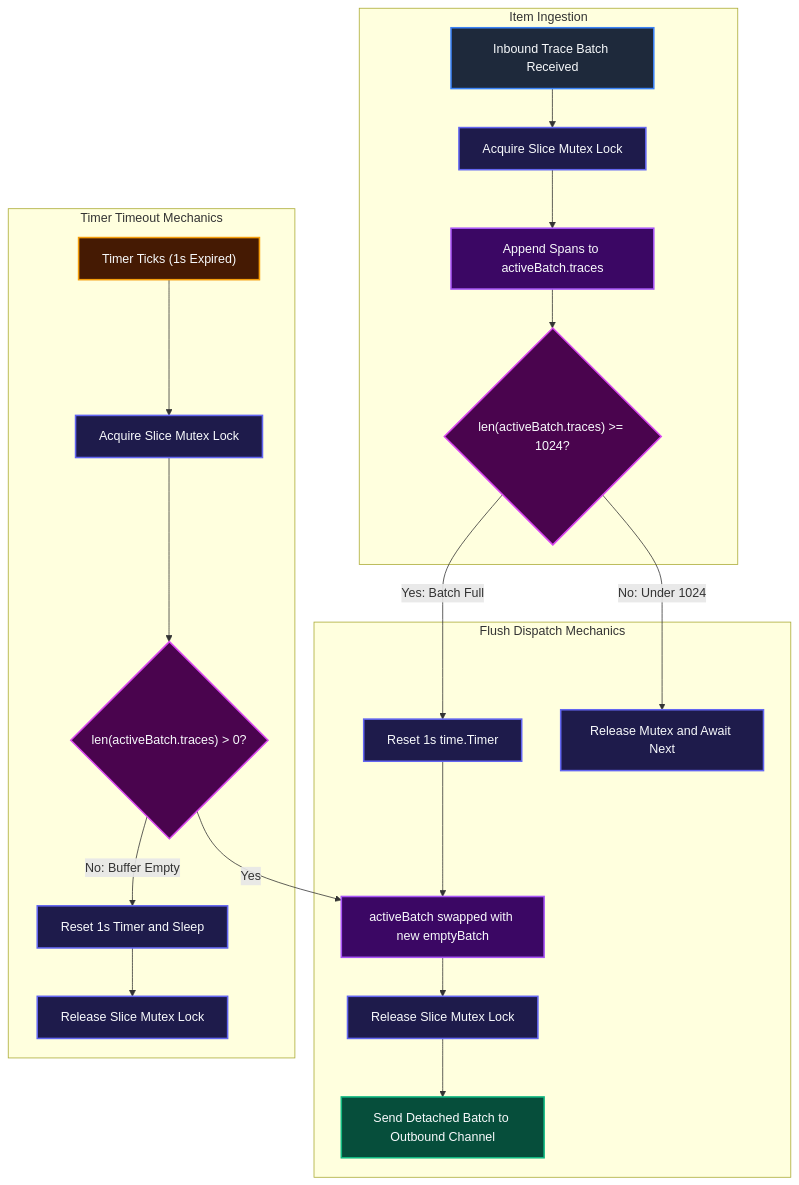
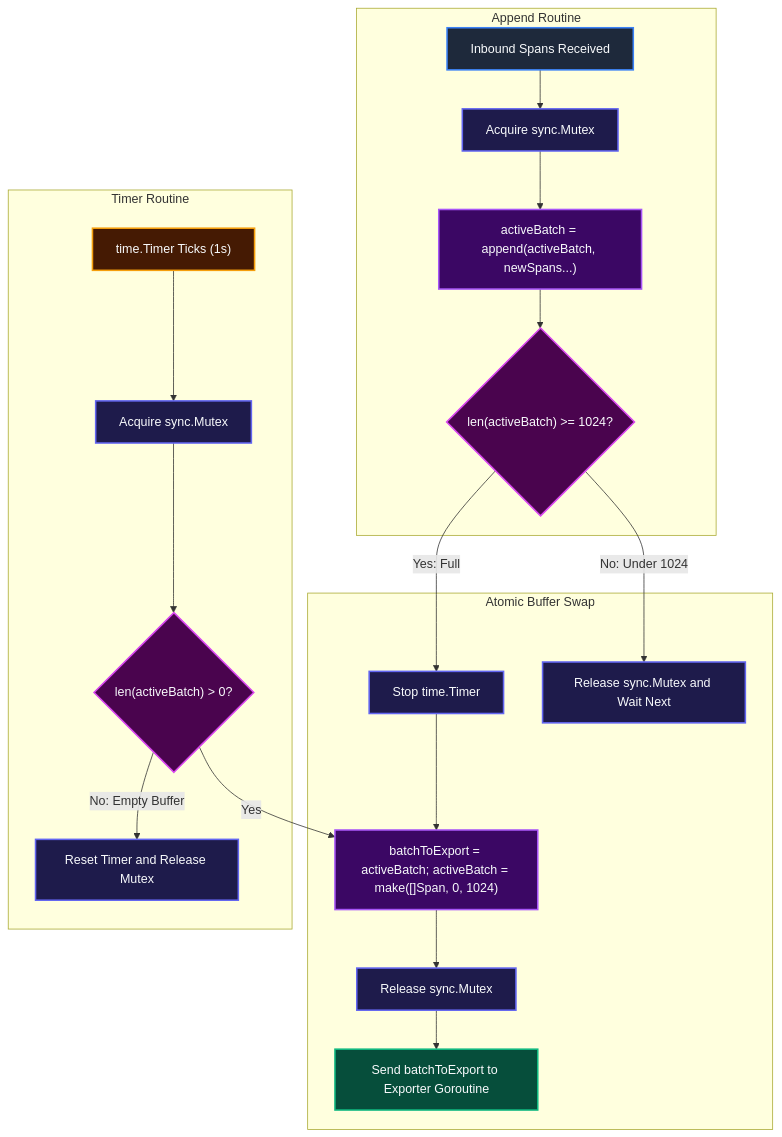
Before and after one commit to Chief-Strategist-J/llm-obs-infra: diagram 12 of 22 in docs/configDoc/otel-collector-configuration-guide.md, drawn with Mermaid. The commit also changed other lines of this file, not shown here.

````diff
--- a/docs/configDoc/otel-collector-configuration-guide.md
+++ b/docs/configDoc/otel-collector-configuration-guide.md
@@ -750,40 +1200,38 @@
 ```mermaid
 graph TD
-    subgraph IngestTrigger ["Item Ingestion"]
-        InboundSpan["Inbound Trace Batch Received"] --> MutexLock["Acquire Slice Mutex Lock"]
-        MutexLock --> AppendSlice["Append Spans to activeBatch.traces"]
-        AppendSlice --> CheckSize{"len(activeBatch.traces) >= 1024?"}
+    subgraph InboundAppend ["Append Routine"]
+        NewSpans["Inbound Spans Received"] --> MutexLock["Acquire sync.Mutex"]
+        MutexLock --> SliceAppend["activeBatch = append(activeBatch, newSpans...)"]
+        SliceAppend --> SizeCheck{"len(activeBatch) >= 1024?"}
     end
 
-    subgraph FlushExecution ["Flush Dispatch Mechanics"]
-        CheckSize -->|Yes: Batch Full| ResetTimer["Reset 1s time.Timer"]
-        ResetTimer --> DetachBatch["activeBatch swapped with new emptyBatch"]
-        DetachBatch --> ReleaseMutex["Release Slice Mutex Lock"]
-        ReleaseMutex --> PushOutbound["Send Detached Batch to Outbound Channel"]
+    subgraph SwapFlush ["Atomic Buffer Swap"]
+        SizeCheck -->|Yes: Full| ResetTimer["Stop time.Timer"]
+        ResetTimer --> SwapBatch["batchToExport = activeBatch; activeBatch = make([]Span, 0, 1024)"]
+        SwapBatch --> ReleaseMutex["Release sync.Mutex"]
+        ReleaseMutex --> SendOutboundChannel["Send batchToExport to Exporter Goroutine"]
 
-        CheckSize -->|No: Under 1024| ReleaseMutexWait["Release Mutex and Await Next"]
+        SizeCheck -->|No: Under 1024| ReleaseWait["Release sync.Mutex and Wait Next"]
     end
 
-    subgraph TimeoutPath ["Timer Timeout Mechanics"]
-        TimerFires["Timer Ticks (1s Expired)"] --> AcquireMutexTimer["Acquire Slice Mutex Lock"]
-        AcquireMutexTimer --> CheckLen{"len(activeBatch.traces) > 0?"}
-        CheckLen -->|Yes| DetachBatch
-        CheckLen -->|No: Buffer Empty| ResetTimerOnly["Reset 1s Timer and Sleep"]
-        ResetTimerOnly --> ReleaseMutexTimer["Release Slice Mutex Lock"]
+    subgraph TimerTicker ["Timer Routine"]
+        TimerExpires["time.Timer Ticks (1s)"] --> AcquireTimerMutex["Acquire sync.Mutex"]
+        AcquireTimerMutex --> LenCheck{"len(activeBatch) > 0?"}
+        LenCheck -->|Yes| SwapBatch
+        LenCheck -->|No: Empty Buffer| ReleaseTimerMutex["Reset Timer and Release Mutex"]
     end
 
-    style InboundSpan fill:#1e293b,stroke:#3b82f6,stroke-width:2px,color:#f8fafc
+    style NewSpans fill:#1e293b,stroke:#3b82f6,stroke-width:2px,color:#f8fafc
     style MutexLock fill:#1e1b4b,stroke:#6366f1,stroke-width:2px,color:#f8fafc
-    style AppendSlice fill:#3b0764,stroke:#a855f7,stroke-width:2px,color:#f8fafc
-    style CheckSize fill:#4a044e,stroke:#d946ef,stroke-width:2px,color:#f8fafc
+    style SliceAppend fill:#3b0764,stroke:#a855f7,stroke-width:2px,color:#f8fafc
+    style SizeCheck fill:#4a044e,stroke:#d946ef,stroke-width:2px,color:#f8fafc
     style ResetTimer fill:#1e1b4b,stroke:#6366f1,stroke-width:2px,color:#f8fafc
-    style DetachBatch fill:#3b0764,stroke:#a855f7,stroke-width:2px,color:#f8fafc
+    style SwapBatch fill:#3b0764,stroke:#a855f7,stroke-width:2px,color:#f8fafc
     style ReleaseMutex fill:#1e1b4b,stroke:#6366f1,stroke-width:2px,color:#f8fafc
-    style PushOutbound fill:#064e3b,stroke:#10b981,stroke-width:2px,color:#f8fafc
-    style ReleaseMutexWait fill:#1e1b4b,stroke:#6366f1,stroke-width:2px,color:#f8fafc
-    style TimerFires fill:#451a03,stroke:#f59e0b,stroke-width:2px,color:#f8fafc
-    style AcquireMutexTimer fill:#1e1b4b,stroke:#6366f1,stroke-width:2px,color:#f8fafc
-    style CheckLen fill:#4a044e,stroke:#d946ef,stroke-width:2px,color:#f8fafc
-    style ResetTimerOnly fill:#1e1b4b,stroke:#6366f1,stroke-width:2px,color:#f8fafc
-    style ReleaseMutexTimer fill:#1e1b4b,stroke:#6366f1,stroke-width:2px,color:#f8fafc
+    style SendOutboundChannel fill:#064e3b,stroke:#10b981,stroke-width:2px,color:#f8fafc
+    style ReleaseWait fill:#1e1b4b,stroke:#6366f1,stroke-width:2px,color:#f8fafc
+    style TimerExpires fill:#451a03,stroke:#f59e0b,stroke-width:2px,color:#f8fafc
+    style AcquireTimerMutex fill:#1e1b4b,stroke:#6366f1,stroke-width:2px,color:#f8fafc
+    style LenCheck fill:#4a044e,stroke:#d946ef,stroke-width:2px,color:#f8fafc
+    style ReleaseTimerMutex fill:#1e1b4b,stroke:#6366f1,stroke-width:2px,color:#f8fafc
 ```
````
